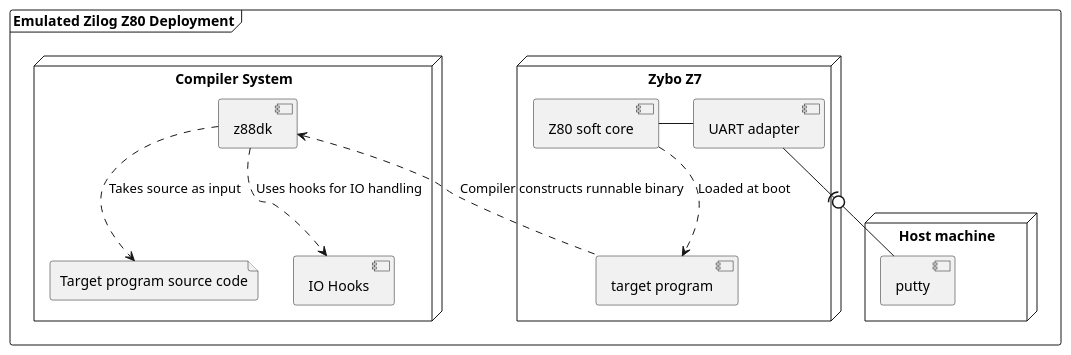
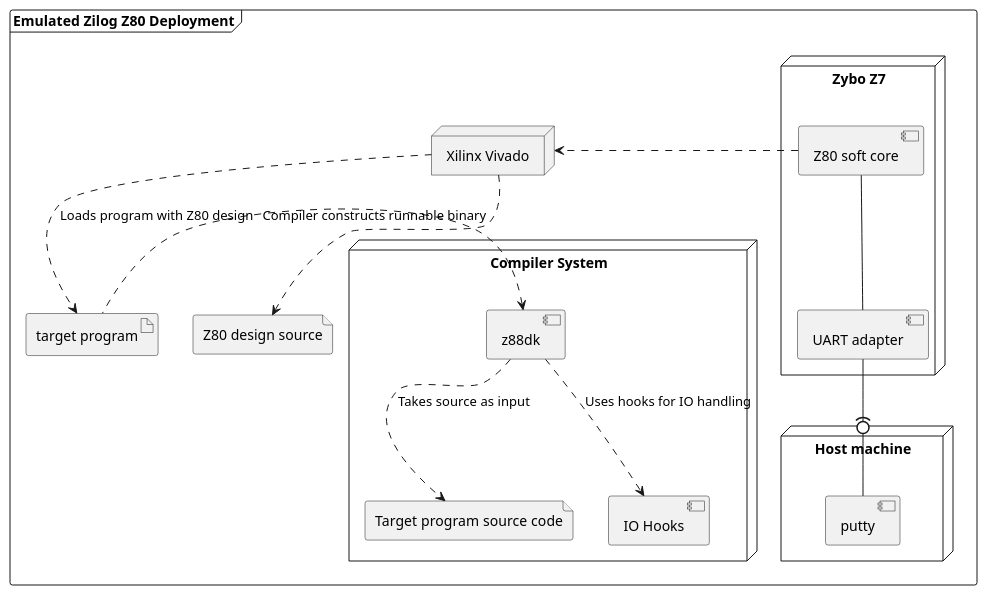
Before and after one commit to waridh/capstone-diagrams: the diagram in src/pdd/system-architecture/walking-skeleton.puml, drawn with PlantUML.

Commit message:
updated the walking skeleton

```diff
--- a/src/pdd/system-architecture/walking-skeleton.puml
+++ b/src/pdd/system-architecture/walking-skeleton.puml
@@ -1,25 +1,28 @@
 @startuml
 frame "Emulated Zilog Z80 Deployment" {
         node "Zybo Z7"  {
                 component "Z80 soft core" as z80_sc
                 component "UART adapter" as uart_adpt
-                component "target program" as program
-                z80_sc - uart_adpt
-                z80_sc ..> program : Loaded at boot
+                z80_sc -- uart_adpt
         }
         node "Compiler System" {
                 file "Target program source code" as program_source
                 component "z88dk" as compiler
                 component "IO Hooks" as hooks
 
                 compiler ..> program_source : Takes source as input
                 compiler ..> hooks : Uses hooks for IO handling
         }
         node "Host machine" {
                 component putty
         }
-
+        node "Xilinx Vivado" as vivado
+        artifact "target program" as program
+        file "Z80 design source" as z80_src
         uart_adpt -(0- putty
-        compiler <.. program : Compiler constructs runnable binary
+        compiler <. program : Compiler constructs runnable binary
+        vivado ..> program : Loads program with Z80 design
+        vivado ..> z80_src
+        z80_sc .> vivado
 }
 @enduml
```
